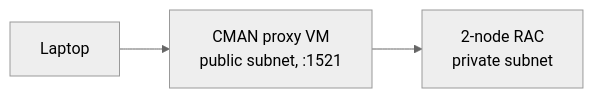
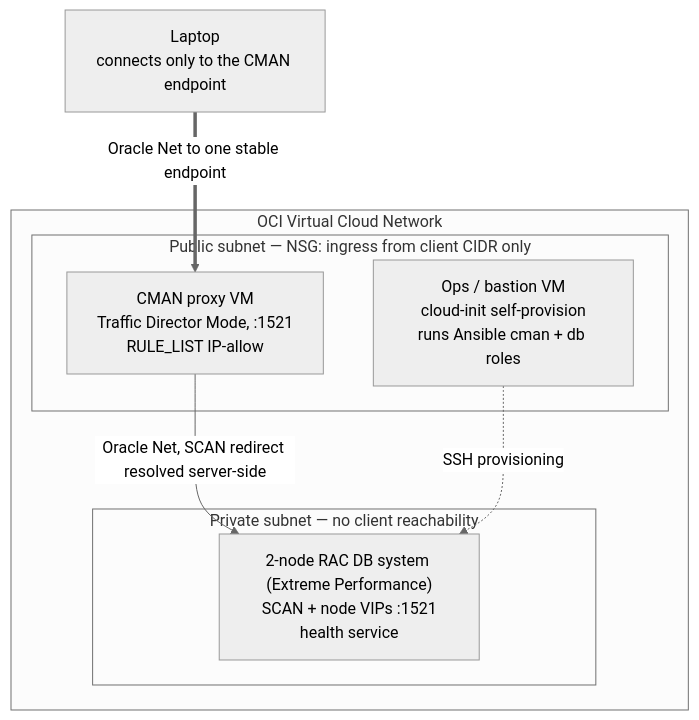
Before and after one commit to vmleon/oracle-database-cman: the diagram in README.md, drawn with Mermaid (neutral theme). The commit also changed other lines of this file and 2 other files, not shown here.

Commit message:
docs: connect README, DEPLOY, and DEMO into one flow

````diff
--- a/README.md
+++ b/README.md
@@ -7,5 +9,16 @@
 ```mermaid
-flowchart LR
-    Laptop["Laptop"] --> CMAN["CMAN proxy VM<br/>public subnet, :1521"]
-    CMAN --> RAC["2-node RAC<br/>private subnet"]
+flowchart TB
+    Laptop["Laptop<br/>connects only to the CMAN endpoint"]
+    subgraph VCN["OCI Virtual Cloud Network"]
+        subgraph PUB["Public subnet — NSG: ingress from client CIDR only"]
+            CMAN["CMAN proxy VM<br/>Traffic Director Mode, :1521<br/>RULE_LIST IP-allow"]
+            OPS["Ops / bastion VM<br/>cloud-init self-provision<br/>runs Ansible cman + db roles"]
+        end
+        subgraph PRIV["Private subnet — no client reachability"]
+            RAC["2-node RAC DB system (Extreme Performance)<br/>SCAN + node VIPs :1521<br/>health service"]
+        end
+    end
+    Laptop ==>|"Oracle Net to one stable endpoint"| CMAN
+    CMAN -->|"Oracle Net, SCAN redirect resolved server-side"| RAC
+    OPS -. "SSH provisioning" .-> RAC
 ```
````
